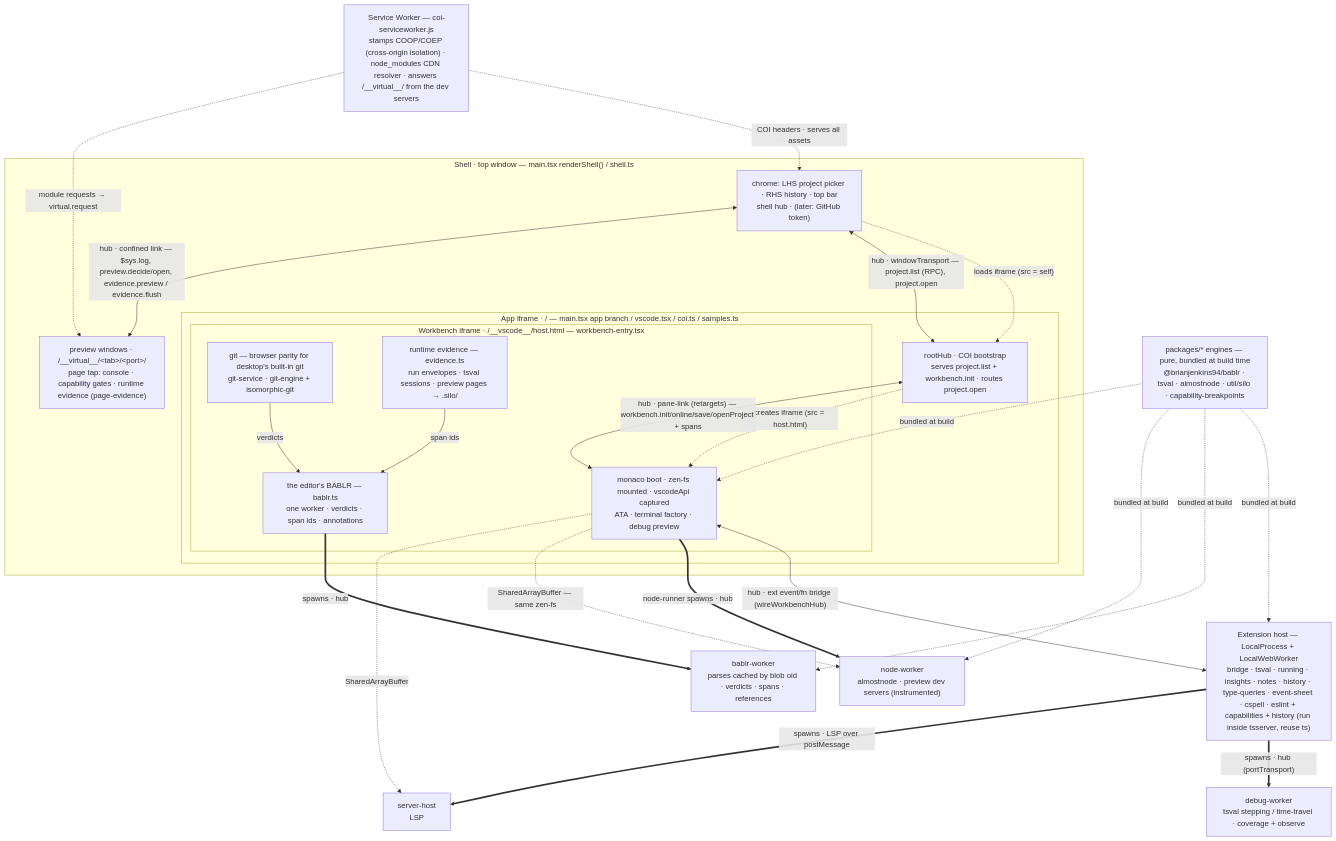
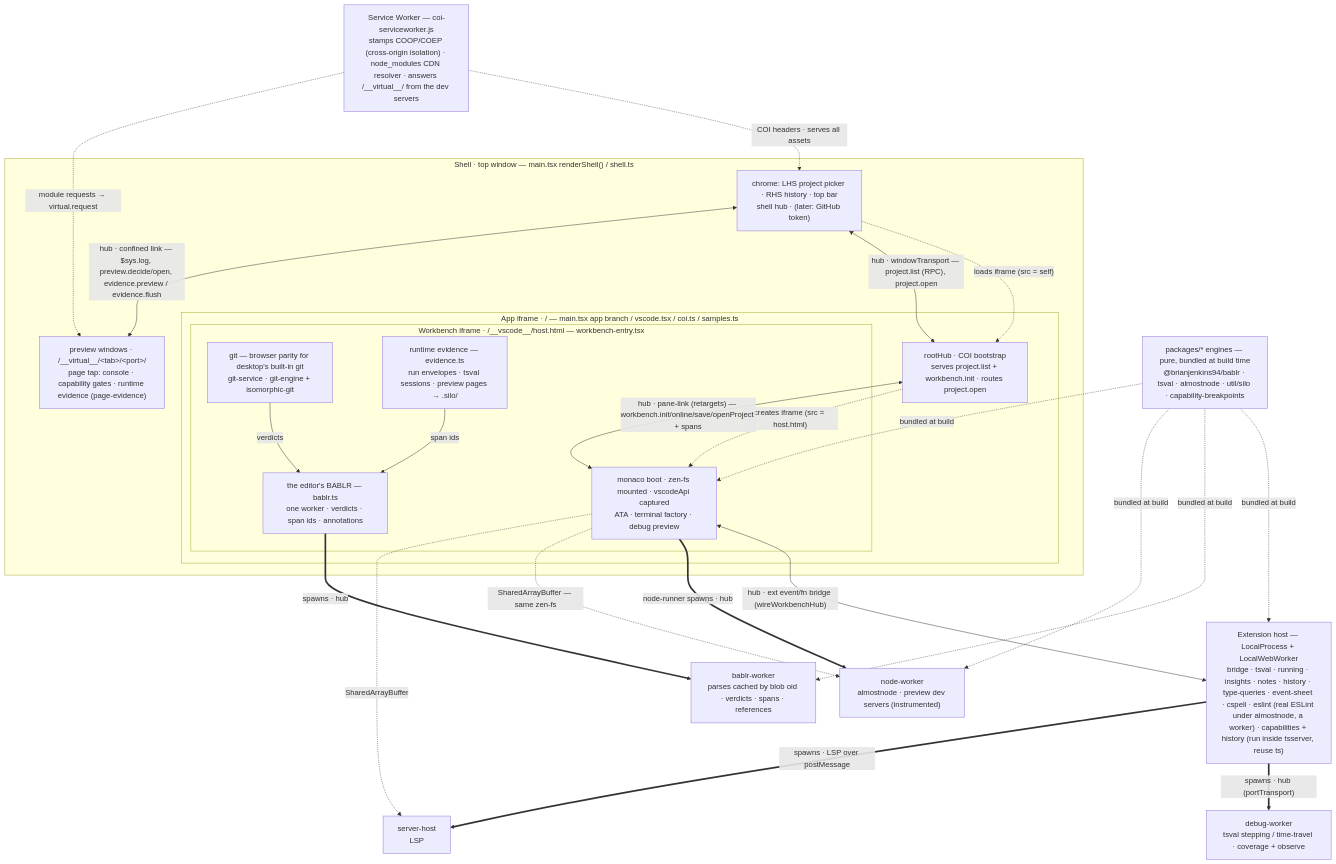
One commit to brianjenkins94/editor changed the first of 2 diagrams in packages/editor/ARCHITECTURE.md. Above: the diagram before and after it, drawn with Mermaid. The commit also changed other lines of this file and 22 other files, not shown here.

First line of the commit message:
eslint: real ESLint and the preset under almostnode, in the extension's worker

````diff
--- a/packages/editor/ARCHITECTURE.md
+++ b/packages/editor/ARCHITECTURE.md
@@ -227,52 +229,52 @@
 ```mermaid
 flowchart TB
   SW["Service Worker — coi-serviceworker.js<br/>stamps COOP/COEP (cross-origin isolation) · node_modules CDN resolver · answers /__virtual__/ from the dev servers"]
 
   subgraph SHELL["Shell · top window — main.tsx renderShell() / shell.ts"]
     S["chrome: LHS project picker · RHS history · top bar<br/>shell hub · (later: GitHub token)"]
     PV["preview windows · /__virtual__/&lt;tab&gt;/&lt;port&gt;/<br/>page tap: console · capability gates · runtime evidence (page-evidence)"]
     subgraph APP["App iframe · / — main.tsx app branch / vscode.tsx / coi.ts / samples.ts"]
       A["rootHub · COI bootstrap<br/>serves project.list + workbench.init · routes project.open"]
       subgraph WB["Workbench iframe · /__vscode__/host.html — workbench-entry.tsx"]
         W["monaco boot · zen-fs mounted · vscodeApi captured<br/>ATA · terminal factory · debug preview"]
         GIT["git — browser parity for desktop's built-in git<br/>git-service · git-engine + isomorphic-git"]
         BAB["the editor's BABLR — bablr.ts<br/>one worker · verdicts · span ids · annotations"]
         EV["runtime evidence — evidence.ts<br/>run envelopes · tsval sessions · preview pages → .silo/"]
       end
     end
   end
 
-  EXT["Extension host — LocalProcess + LocalWebWorker<br/>bridge · tsval · running · insights · notes · history · type-queries · event-sheet · cspell · eslint + capabilities + history (run inside tsserver, reuse ts)"]
+  EXT["Extension host — LocalProcess + LocalWebWorker<br/>bridge · tsval · running · insights · notes · history · type-queries · event-sheet · cspell · eslint (real ESLint under almostnode, a worker) · capabilities + history (run inside tsserver, reuse ts)"]
 
   NW["node-worker<br/>almostnode · preview dev servers (instrumented)"]
   DW["debug-worker<br/>tsval stepping / time-travel · coverage + observe"]
   SH["server-host<br/>LSP"]
   CW["bablr-worker<br/>parses cached by blob oid · verdicts · spans · references"]
 
   PKG["packages/* engines — pure, bundled at build time<br/>@brianjenkins94/bablr · tsval · almostnode · util/silo · capability-breakpoints"]
 
   S -.->|"loads iframe (src = self)"| A
   A -.->|"creates iframe (src = host.html)"| W
 
   S <-->|"hub · windowTransport — project.list (RPC), project.open"| A
   S <-->|"hub · confined link — $sys.log, preview.decide/open, evidence.preview / evidence.flush"| PV
   A <-->|"hub · pane-link (retargets) — workbench.init/online/save/openProject + spans"| W
   W <-->|"hub · ext event/fn bridge (wireWorkbenchHub)"| EXT
 
   W ==>|"node-runner spawns · hub"| NW
   EXT ==>|"spawns · hub (portTransport)"| DW
   EXT ==>|"spawns · LSP over postMessage"| SH
   BAB ==>|"spawns · hub"| CW
   GIT -->|"verdicts"| BAB
   EV -->|"span ids"| BAB
 
   W -.->|"SharedArrayBuffer — same zen-fs"| NW
   W -.->|"SharedArrayBuffer"| SH
 
   SW -.->|"COI headers · serves all assets"| S
   SW -.->|"module requests → virtual.request"| PV
   PKG -.->|"bundled at build"| W
   PKG -.->|"bundled at build"| EXT
   PKG -.->|"bundled at build"| CW
   PKG -.->|"bundled at build"| NW
 ```
````
